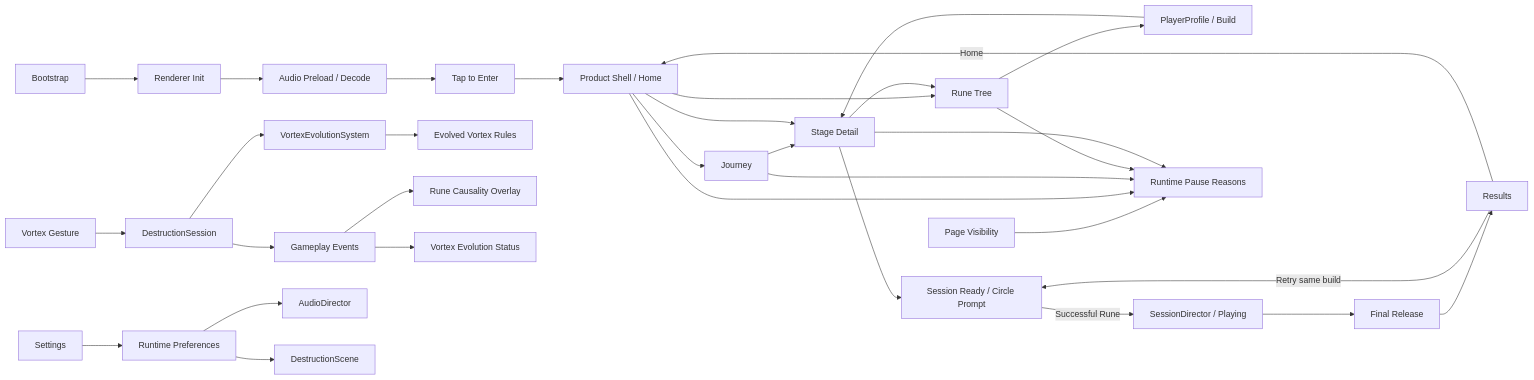
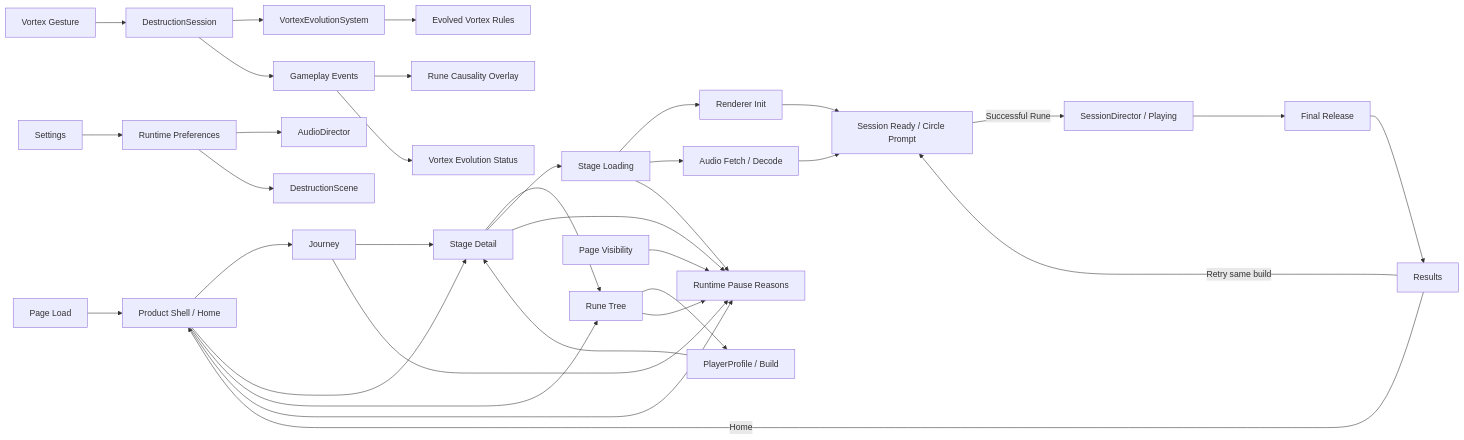
Before and after one commit to zeroLR/2D-game-playground: the diagram in rune-ball/README.md, drawn with Mermaid. The commit also changed other lines of this file, not shown here.

Commit message:
docs(rune-ball): update home-first runtime flow

````diff
--- a/rune-ball/README.md
+++ b/rune-ball/README.md
@@ -51,38 +59,40 @@
 ```mermaid
 flowchart LR
-  Boot[Bootstrap] --> Renderer[Renderer Init]
-  Renderer --> Audio[Audio Preload / Decode]
-  Audio --> Enter[Tap to Enter]
-  Enter --> Home[Product Shell / Home]
+  Boot[Page Load] --> Home[Product Shell / Home]
 
   Home --> Journey[Journey]
   Journey --> Stage[Stage Detail]
   Home --> Stage
   Home --> Runes[Rune Tree]
   Stage --> Runes
   Runes --> Profile[PlayerProfile / Build]
   Profile --> Stage
 
-  Stage --> Ready[Session Ready / Circle Prompt]
+  Stage --> Loading[Stage Loading]
+  Loading --> Renderer[Renderer Init]
+  Loading --> Audio[Audio Fetch / Decode]
+  Renderer --> Ready[Session Ready / Circle Prompt]
+  Audio --> Ready
   Ready -->|Successful Rune| Run[SessionDirector / Playing]
   Run --> Final[Final Release]
   Final --> Results[Results]
   Results -->|Retry same build| Ready
   Results -->|Home| Home
 
   Gesture[Vortex Gesture] --> Domain[DestructionSession]
   Domain --> Evolution[VortexEvolutionSystem]
   Evolution --> Rules[Evolved Vortex Rules]
   Domain --> Events[Gameplay Events]
   Events --> Causality[Rune Causality Overlay]
   Events --> Status[Vortex Evolution Status]
 
   Settings[Settings] --> Prefs[Runtime Preferences]
   Prefs --> AudioDirector[AudioDirector]
   Prefs --> Scene[DestructionScene]
   Visibility[Page Visibility] --> Pause[Runtime Pause Reasons]
   Home --> Pause
   Journey --> Pause
   Runes --> Pause
   Stage --> Pause
+  Loading --> Pause
 ```
````
